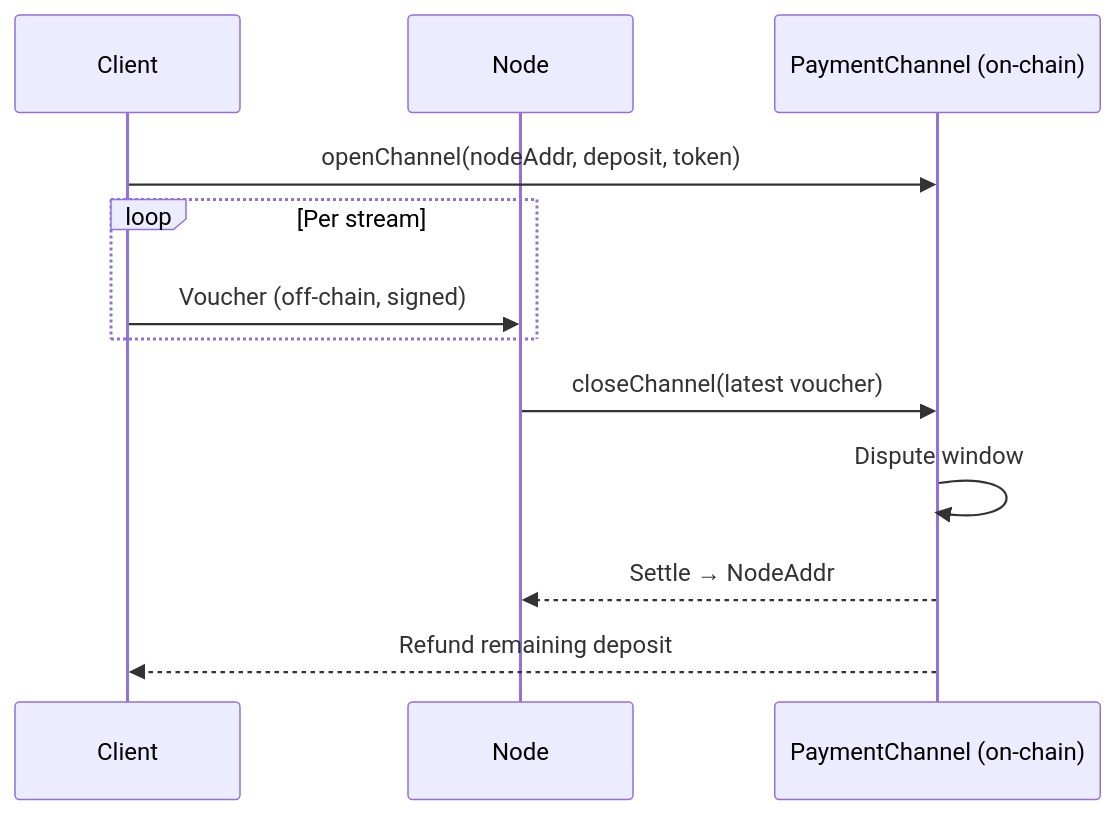
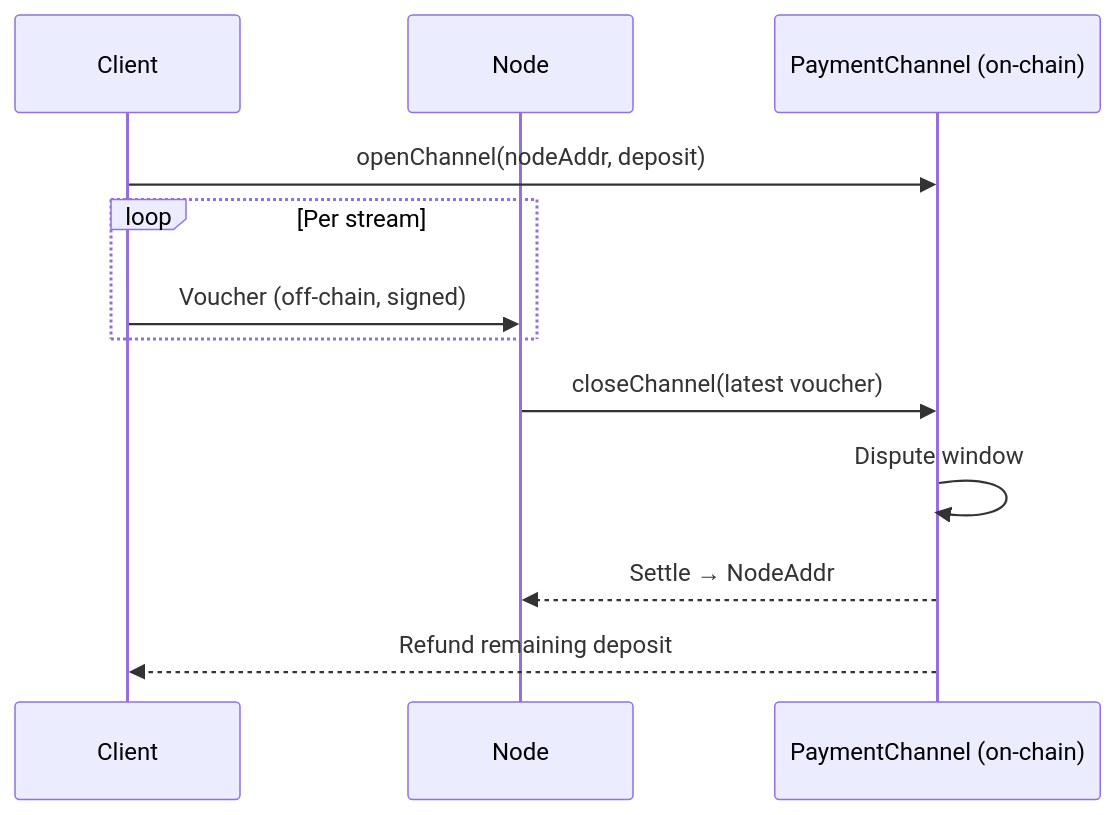
Before and after one commit to decdn/website: the diagram in docs/protocol/payments.mdx, drawn with Mermaid. The commit also changed other lines of this file and 8 other files, not shown here.

````diff
--- a/docs/protocol/payments.mdx
+++ b/docs/protocol/payments.mdx
@@ -12,15 +12,15 @@
 ```mermaid
 sequenceDiagram
     participant C as Client
     participant N as Node
     participant CH as PaymentChannel (on-chain)
 
-    C->>CH: openChannel(nodeAddr, deposit, token)
+    C->>CH: openChannel(nodeAddr, deposit)
     loop Per stream
         C->>N: Voucher (off-chain, signed)
     end
     N->>CH: closeChannel(latest voucher)
     CH->>CH: Dispute window
     CH-->>N: Settle → NodeAddr
     CH-->>C: Refund remaining deposit
 ```
````
